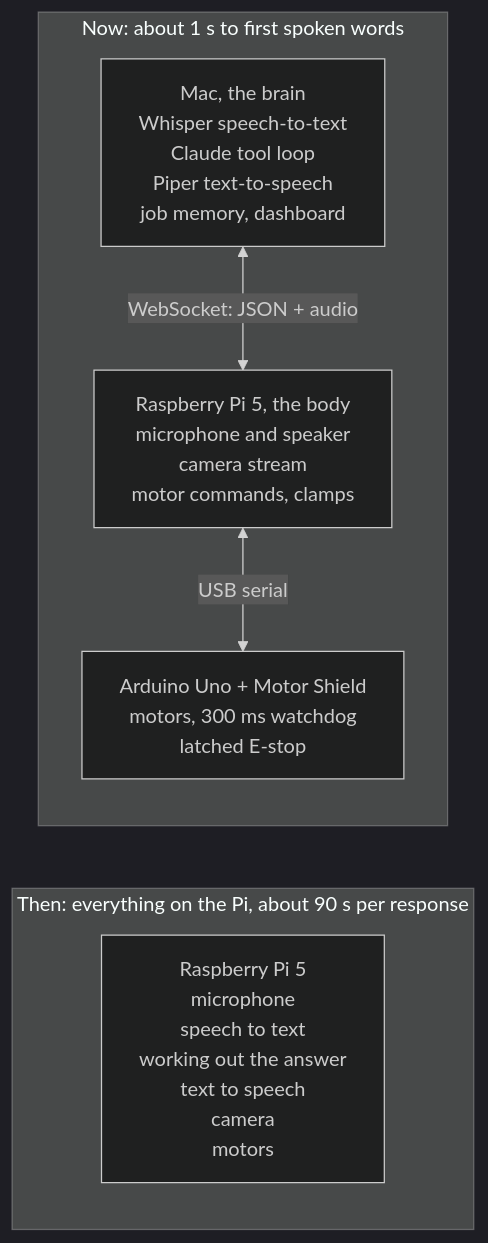
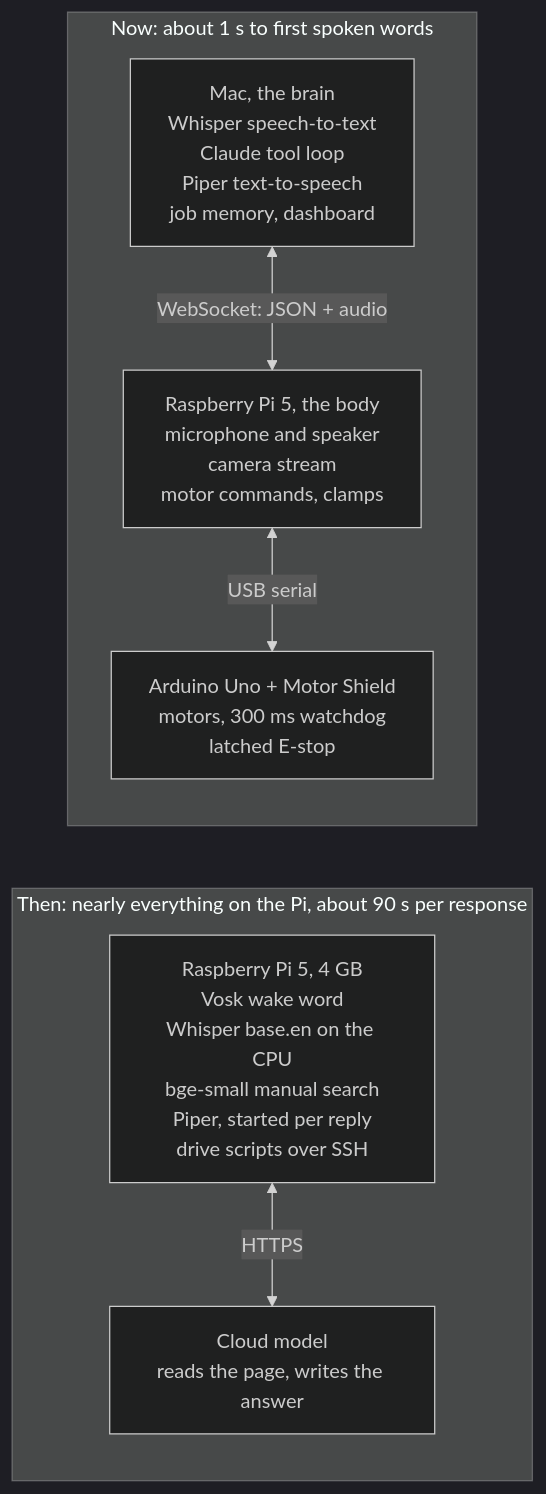
Before and after one commit to atreyusutton/TorQ: the first of 2 diagrams in README.md, drawn with Mermaid (dark theme). The commit also changed other lines of this file, not shown here.

````diff
--- a/README.md
+++ b/README.md
@@ -23,13 +25,15 @@
 ```mermaid
 flowchart LR
-  subgraph then["Then: everything on the Pi, about 90 s per response"]
-    P1["Raspberry Pi 5<br/>microphone<br/>speech to text<br/>working out the answer<br/>text to speech<br/>camera<br/>motors"]
+  subgraph then["Then: nearly everything on the Pi, about 90 s per response"]
+    P1["Raspberry Pi 5, 4 GB<br/>Vosk wake word<br/>Whisper base.en on the CPU<br/>bge-small manual search<br/>Piper, started per reply<br/>drive scripts over SSH"]
+    C1["Cloud model<br/>reads the page, writes the answer"]
+    P1 <-- "HTTPS" --> C1
   end
   subgraph now["Now: about 1 s to first spoken words"]
     M["Mac, the brain<br/>Whisper speech-to-text<br/>Claude tool loop<br/>Piper text-to-speech<br/>job memory, dashboard"]
     P2["Raspberry Pi 5, the body<br/>microphone and speaker<br/>camera stream<br/>motor commands, clamps"]
     A["Arduino Uno + Motor Shield<br/>motors, 300 ms watchdog<br/>latched E-stop"]
     M <-- "WebSocket: JSON + audio" --> P2
     P2 <-- "USB serial" --> A
   end
 ```
````
